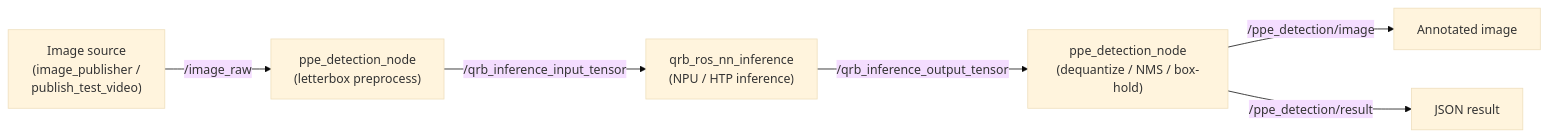
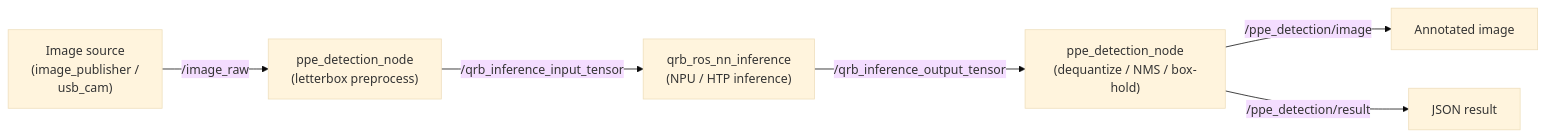
One commit to dustyheart/qrb_ros_samples changed the diagram in README.md. Above: the diagram before and after it, drawn with Mermaid (base theme). The commit also changed other lines of this file and 4 other files, not shown here.

First line of the commit message:
refactor(sample_ppe_detection): drop video launch and unused test publishers

````diff
--- a/README.md
+++ b/README.md
@@ -18,8 +18,8 @@
 ```mermaid
 flowchart LR
-    A["Image source<br/>(image_publisher /<br/>publish_test_video)"] -->|/image_raw| B["ppe_detection_node<br/>(letterbox preprocess)"]
+    A["Image source<br/>(image_publisher /<br/>usb_cam)"] -->|/image_raw| B["ppe_detection_node<br/>(letterbox preprocess)"]
     B -->|/qrb_inference_input_tensor| C["qrb_ros_nn_inference<br/>(NPU / HTP inference)"]
     C -->|/qrb_inference_output_tensor| D["ppe_detection_node<br/>(dequantize / NMS / box-hold)"]
     D -->|/ppe_detection/image| E["Annotated image"]
     D -->|/ppe_detection/result| F["JSON result"]
 ```
````
